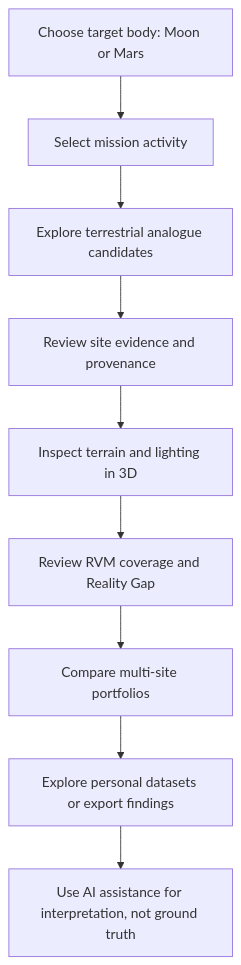
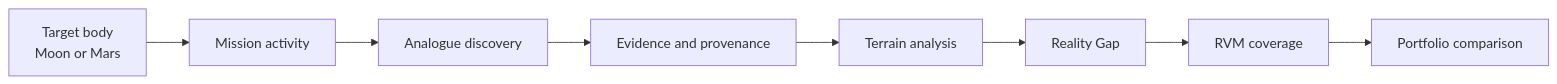
Before and after one commit to selfabhijeetkumar/terralign: the first of 3 diagrams in README.md, drawn with Mermaid. The commit also changed other lines of this file, not shown here.

````diff
--- a/README.md
+++ b/README.md
@@ -128,11 +119,10 @@
 ```mermaid
-flowchart TD
-    A[Choose target body: Moon or Mars] --> B[Select mission activity]
-    B --> C[Explore terrestrial analogue candidates]
-    C --> D[Review site evidence and provenance]
-    D --> E[Inspect terrain and lighting in 3D]
-    E --> F[Review RVM coverage and Reality Gap]
-    F --> G[Compare multi-site portfolios]
-    G --> H[Explore personal datasets or export findings]
-    H --> I[Use AI assistance for interpretation, not ground truth]
+flowchart LR
+    A["Target body<br/>Moon or Mars"] --> B["Mission activity"]
+    B --> C["Analogue discovery"]
+    C --> D["Evidence and provenance"]
+    D --> E["Terrain analysis"]
+    E --> F["Reality Gap"]
+    F --> G["RVM coverage"]
+    G --> H["Portfolio comparison"]
 ```
````
